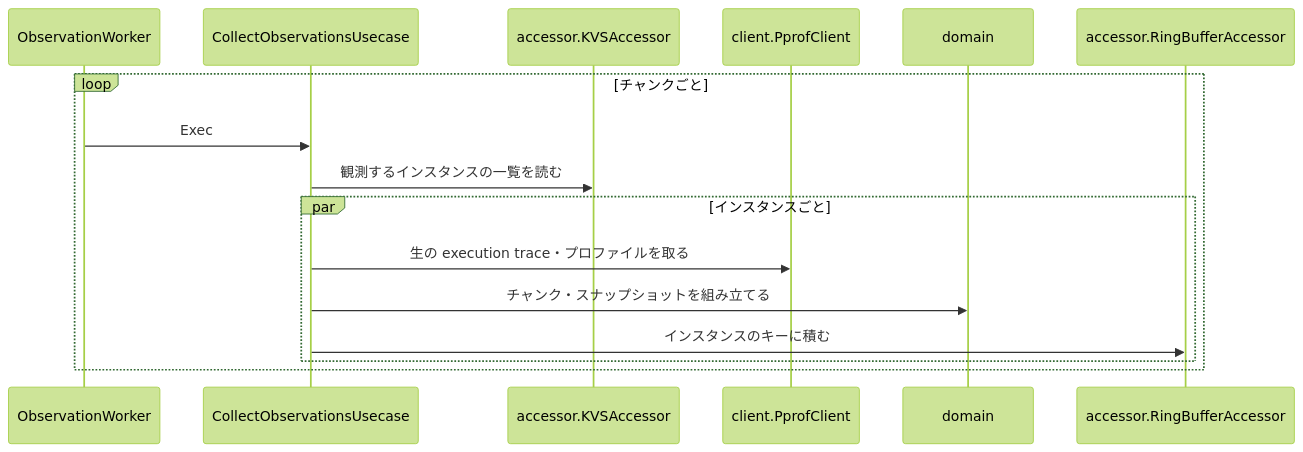
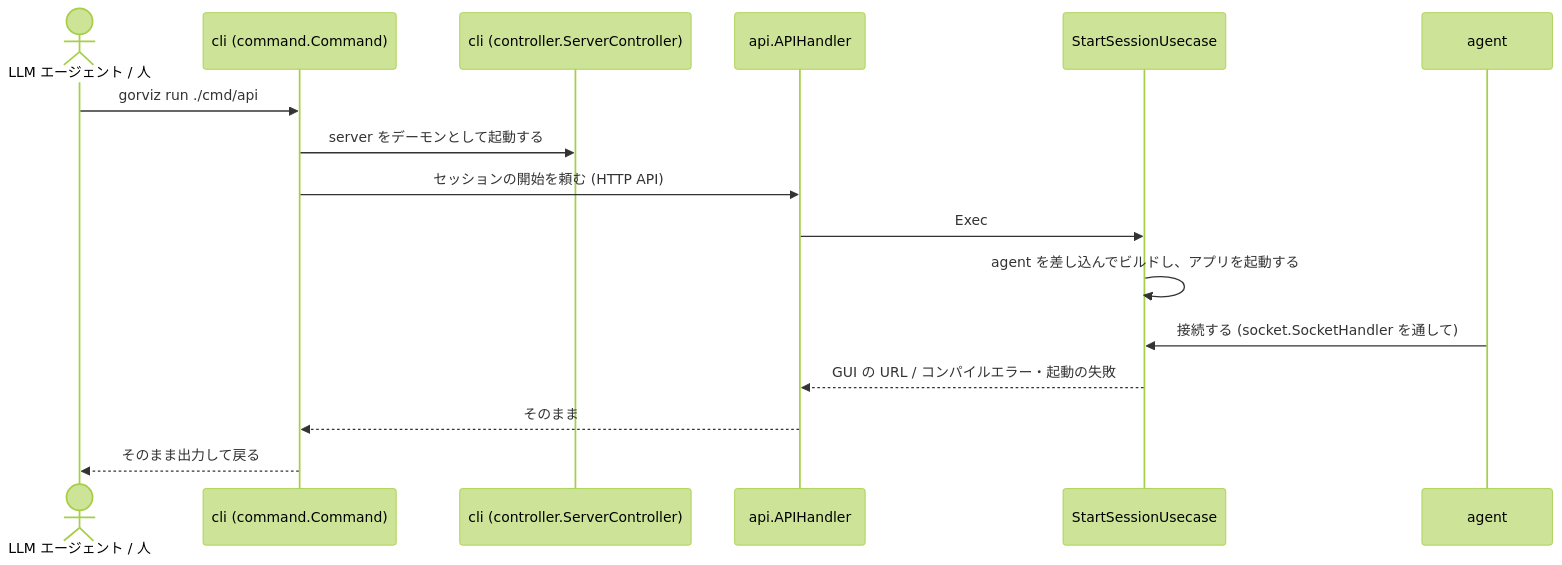
One commit to kakkky/gorviz changed the sixth of 12 diagrams in docs/architecture.md. Above: the diagram before and after it, drawn with Mermaid (forest theme). The commit also changed other lines of this file, not shown here.

Commit message:
docs: rework the architecture for the local tool with one gorviz binary holding the server and the cli, layer the agent injected into the app through an overlay, talk to it over one socket defined in agentsocket, and keep package names short with the details in type names

````diff
--- a/docs/architecture.md
+++ b/docs/architecture.md
@@ -312,19 +257,19 @@
 ```mermaid
 sequenceDiagram
-    participant W as ObservationWorker
-    participant U as CollectObservationsUsecase
-    participant KVS as accessor.KVSAccessor
-    participant RC as client.PprofClient
-    participant D as domain
-    participant RB as accessor.RingBufferAccessor
+    actor L as LLM エージェント / 人
+    participant P as cli (command.Command)
+    participant DS as cli (controller.ServerController)
+    participant H as api.APIHandler
+    participant U as StartSessionUsecase
+    participant A as agent
 
-    loop チャンクごと
-        W->>U: Exec
-        U->>KVS: 観測するインスタンスの一覧を読む
-        par インスタンスごと
-            U->>RC: 生の execution trace・プロファイルを取る
-            U->>D: チャンク・スナップショットを組み立てる
-            U->>RB: インスタンスのキーに積む
-        end
-    end
+    L->>P: gorviz run ./cmd/api
+    P->>DS: server をデーモンとして起動する
+    P->>H: セッションの開始を頼む (HTTP API)
+    H->>U: Exec
+    U->>U: agent を差し込んでビルドし、アプリを起動する
+    A->>U: 接続する (socket.SocketHandler を通して)
+    U-->>H: GUI の URL / コンパイルエラー・起動の失敗
+    H-->>P: そのまま
+    P-->>L: そのまま出力して戻る
 ```
````
